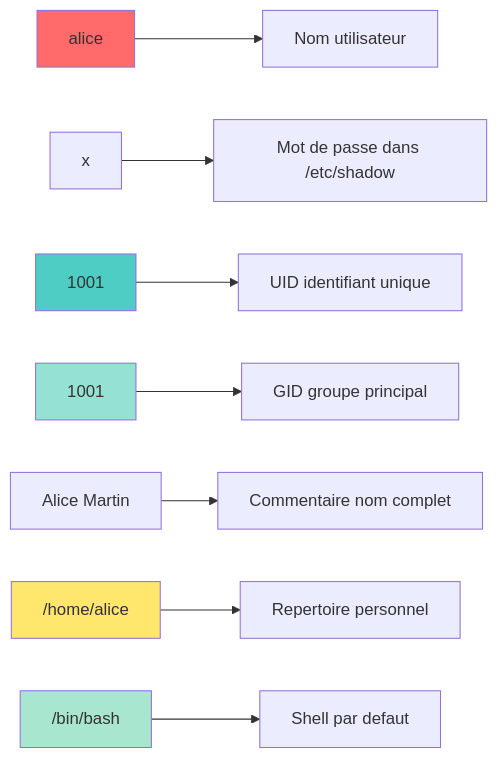
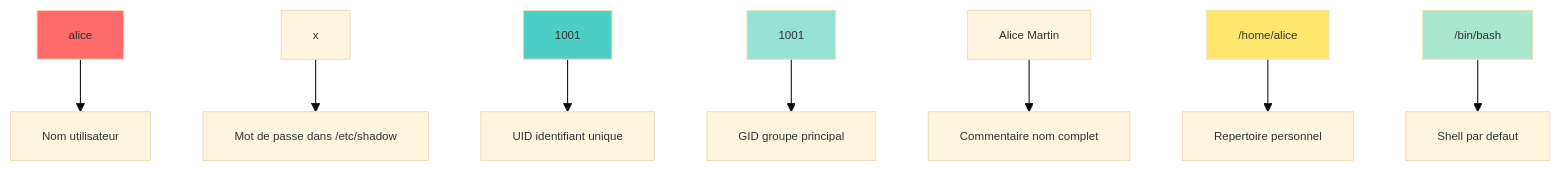
Before and after one commit to JSurquin/kibana2: the first of 2 diagrams in pages/02-gestion-systeme-utilisateurs.md, drawn with Mermaid. The commit also changed other lines of this file and 16 other files, not shown here.

````diff
--- a/pages/02-gestion-systeme-utilisateurs.md
+++ b/pages/02-gestion-systeme-utilisateurs.md
@@ -85,16 +85,17 @@
 ```mermaid
-graph LR
+%%{init: {'theme':'base', 'themeVariables': {'fontSize':'11px'}}}%%
+graph TD
     A["alice"] --> A1["Nom utilisateur"]
     B["x"] --> B1["Mot de passe dans /etc/shadow"]
     C["1001"] --> C1["UID identifiant unique"]
     D["1001"] --> D1["GID groupe principal"]
     E["Alice Martin"] --> E1["Commentaire nom complet"]
     F["/home/alice"] --> F1["Repertoire personnel"]
     G["/bin/bash"] --> G1["Shell par defaut"]
     
     style A fill:#ff6b6b
     style C fill:#4ecdc4
     style D fill:#95e1d3
     style F fill:#ffe66d
     style G fill:#a8e6cf
 ```
````
